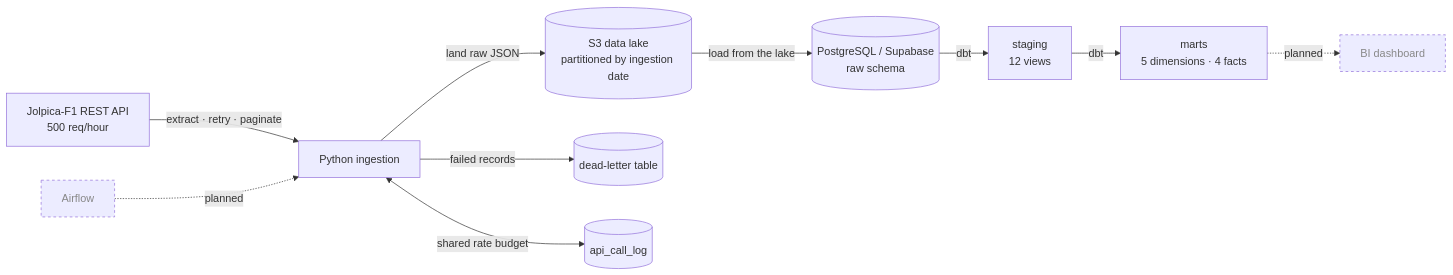
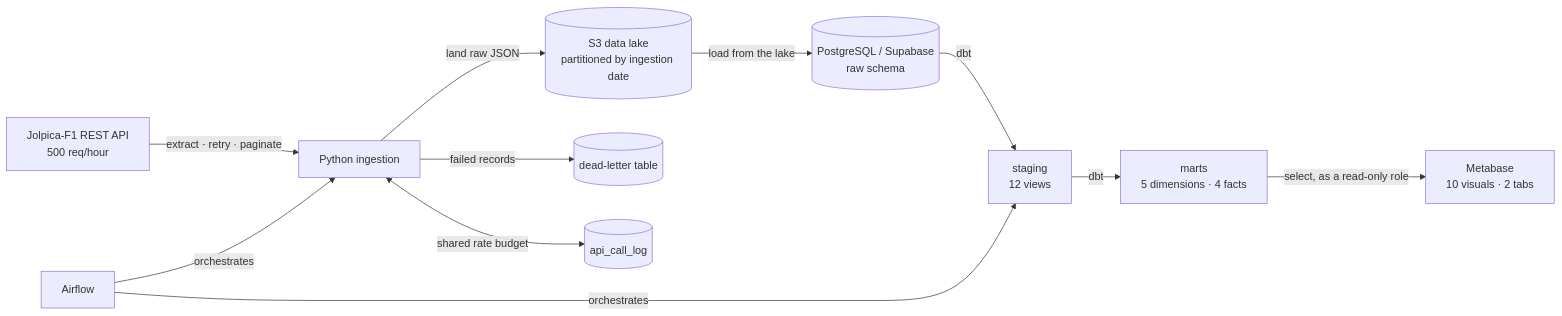
One commit to lemybetheone/f1-analytics-pipeline changed the first of 2 diagrams in README.md. Above: the diagram before and after it, drawn with Mermaid. The commit also changed other lines of this file and 6 other files, not shown here.

````diff
--- a/README.md
+++ b/README.md
@@ -7,15 +7,13 @@
 ```mermaid
 flowchart LR
     A[Jolpica-F1 REST API<br/>500 req/hour] -->|extract · retry · paginate| B[Python ingestion]
     B -->|land raw JSON| C[(S3 data lake<br/>partitioned by ingestion date)]
     C -->|load from the lake| D[(PostgreSQL / Supabase<br/>raw schema)]
     D -->|dbt| E[staging<br/>12 views]
     E -->|dbt| F[marts<br/>5 dimensions · 4 facts]
     B -->|failed records| J[(dead-letter table)]
     B <-->|shared rate budget| K[(api_call_log)]
-    F -.planned.-> G[BI dashboard]
-    L[Airflow] -.planned.-> B
-
-    classDef planned stroke-dasharray: 4 4,color:#888
-    class G,L planned
+    F -->|select, as a read-only role| G[Metabase<br/>10 visuals · 2 tabs]
+    L[Airflow] -->|orchestrates| B
+    L -->|orchestrates| E
 ```
````
